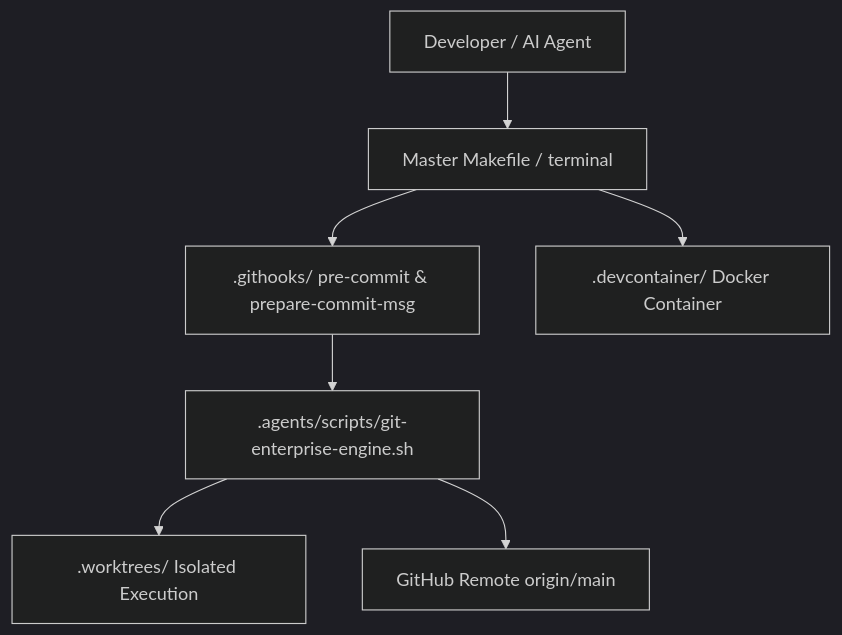
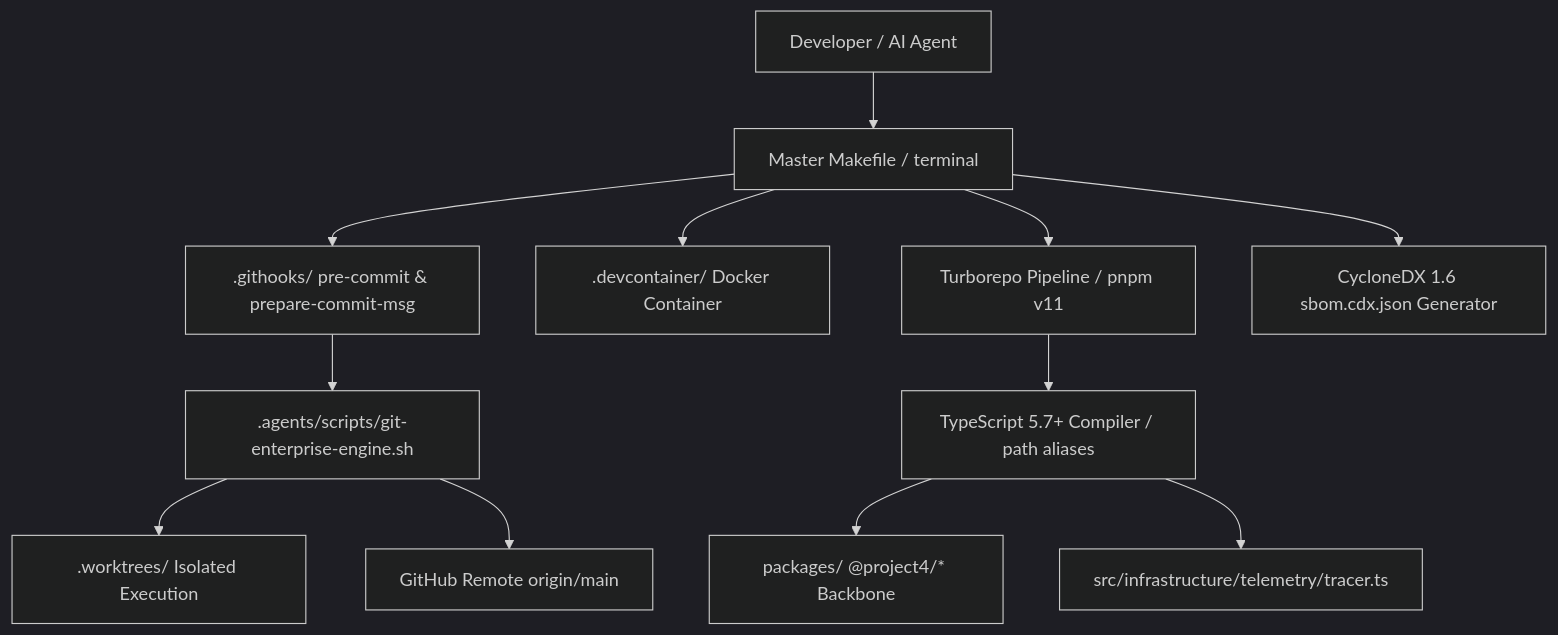
The diagram in CODEBASE.md (TiMO-ViP/Project4), drawn with Mermaid (dark theme) before and after one commit. The commit also changed other lines of this file and 4 other files, not shown here.

````diff
--- a/CODEBASE.md
+++ b/CODEBASE.md
@@ -9,9 +9,14 @@
 ```mermaid
 graph TD
     User[Developer / AI Agent] --> CLI[Master Makefile / terminal]
     CLI --> GitHooks[.githooks/ pre-commit & prepare-commit-msg]
     GitHooks --> GitEngine[.agents/scripts/git-enterprise-engine.sh]
     GitEngine --> Worktrees[.worktrees/ Isolated Execution]
     GitEngine --> RemoteRepo[GitHub Remote origin/main]
     CLI --> DevContainer[.devcontainer/ Docker Container]
+    CLI --> Turbo[Turborepo Pipeline / pnpm v11]
+    Turbo --> TS[TypeScript 5.7+ Compiler / path aliases]
+    TS --> Packages[packages/ @project4/* Backbone]
+    TS --> Telemetry[src/infrastructure/telemetry/tracer.ts]
+    CLI --> SBOM[CycloneDX 1.6 sbom.cdx.json Generator]
 ```
````
